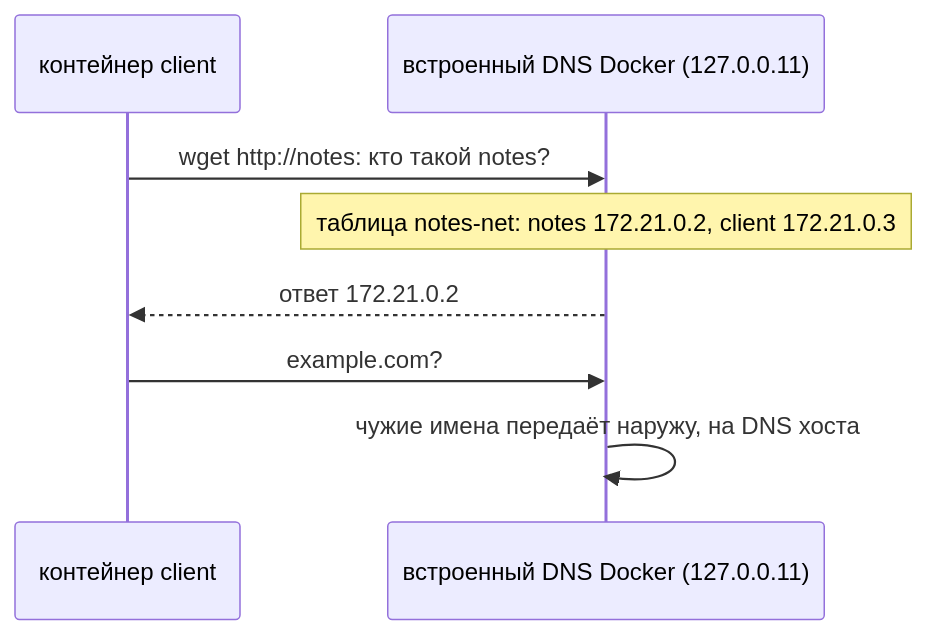
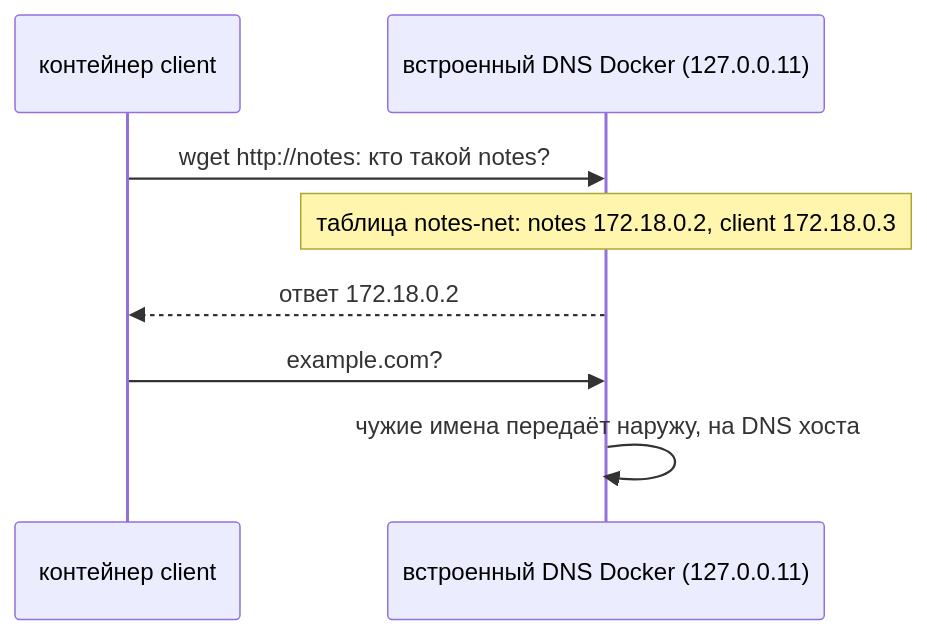
One commit to distinguished-sre/learning changed the seventh of 10 diagrams in devops/04-docker/03-storage-networks.md. Above: the diagram before and after it, drawn with Mermaid. The commit also changed other lines of this file and 462 other files, not shown here.

````diff
--- a/devops/04-docker/03-storage-networks.md
+++ b/devops/04-docker/03-storage-networks.md
@@ -386,10 +381,10 @@
 ```mermaid
 sequenceDiagram
     participant C as контейнер client
     participant D as встроенный DNS Docker (127.0.0.11)
     C->>D: wget http://notes: кто такой notes?
-    Note over D: таблица notes-net: notes 172.21.0.2, client 172.21.0.3
-    D-->>C: ответ 172.21.0.2
+    Note over D: таблица notes-net: notes 172.18.0.2, client 172.18.0.3
+    D-->>C: ответ 172.18.0.2
     C->>D: example.com?
     D->>D: чужие имена передаёт наружу, на DNS хоста
 ```
````
